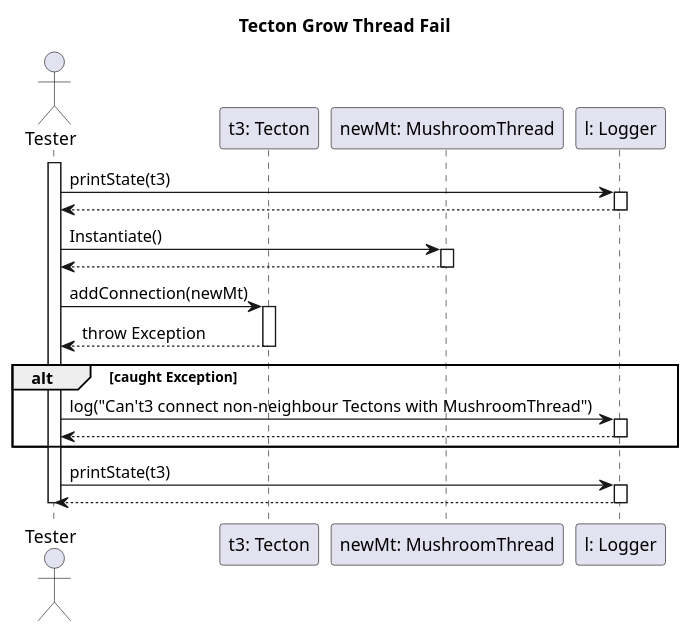
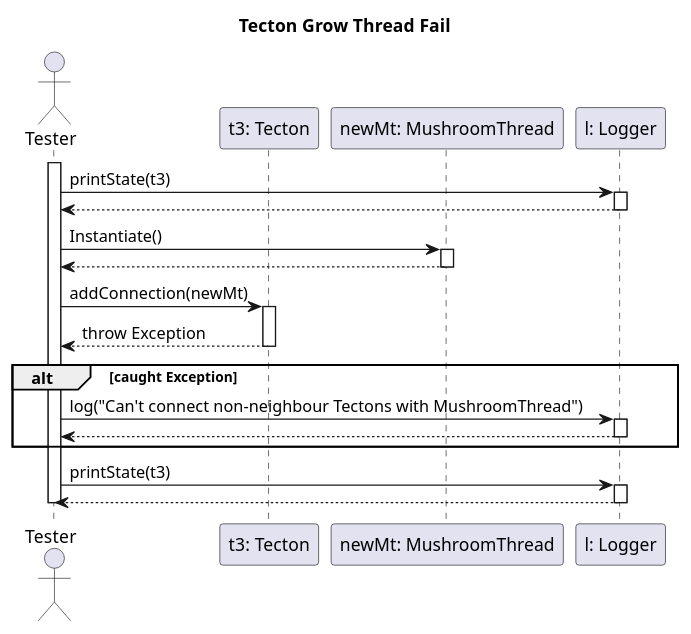
One commit to dzsem/projlab changed the diagram in diagrams/test-sequence/tectonGrowThreadFail.puml. Above: the diagram before and after it, drawn with PlantUML.

Commit message:
Fix typo in TectonGrowThreadFail

```diff
--- a/diagrams/test-sequence/tectonGrowThreadFail.puml
+++ b/diagrams/test-sequence/tectonGrowThreadFail.puml
@@ -1,42 +1,42 @@
 @startuml tectonGrowThreadTest
 
 title Tecton Grow Thread Fail
 
 actor "Tester" as tst
 participant "t3: Tecton" as t3
 participant "newMt: MushroomThread" as newMt
 participant "l: Logger" as l
 
 activate tst
 
 tst -> l: printState(t3)
 activate l
 tst <-- l
 deactivate l
 
 tst -> newMt: Instantiate()
 activate newMt
 tst <-- newMt
 deactivate newMt
 
 tst -> t3: addConnection(newMt)
 activate t3
 
 tst <-- t3: throw Exception
 deactivate t3
 
 alt caught Exception
-    tst -> l: log("Can't3 connect non-neighbour Tectons with MushroomThread")
+    tst -> l: log("Can't connect non-neighbour Tectons with MushroomThread")
     activate l
     tst <-- l
     deactivate l    
 end
 
 tst -> l: printState(t3)
 activate l
 tst <-- l
 deactivate l
 
 deactivate tst
 
 @enduml
```
